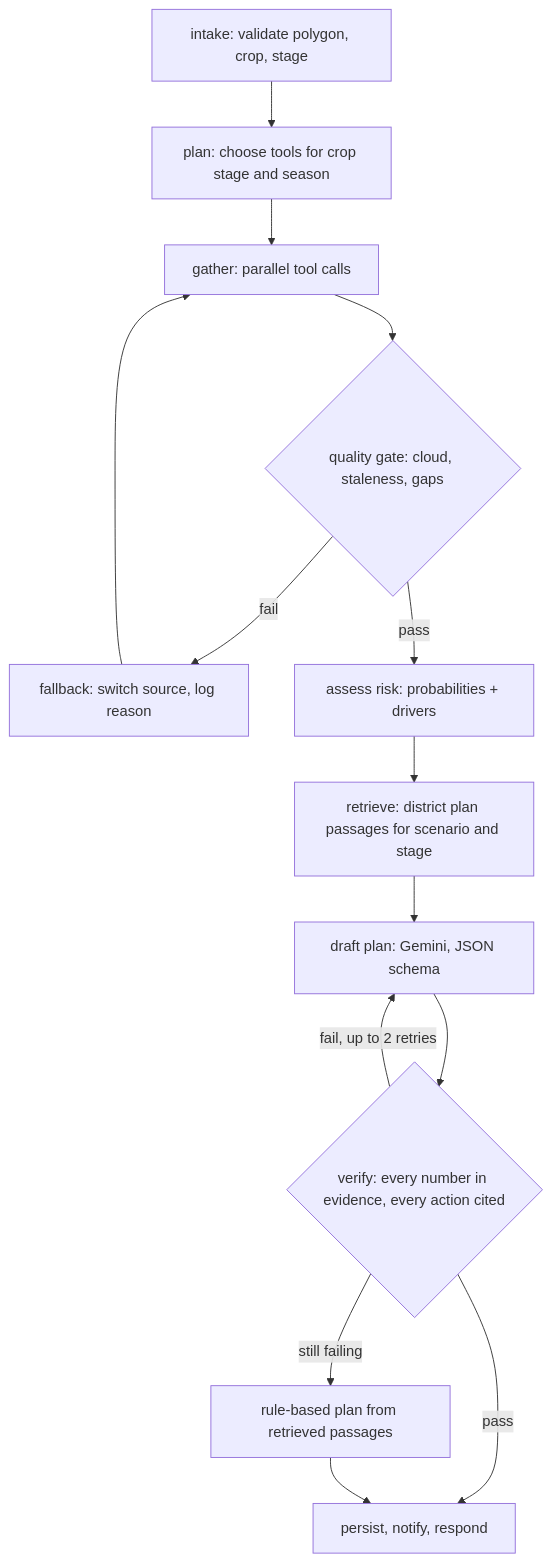
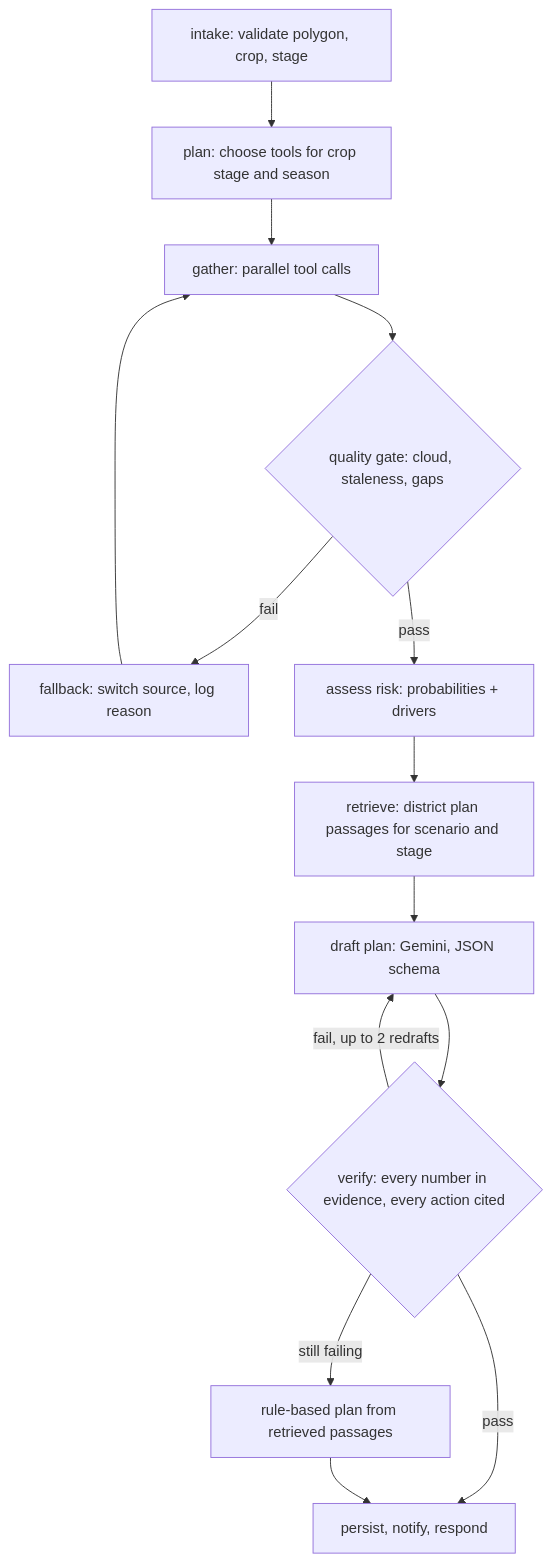
Before and after one commit to ZaroCoding/KhetiKavach: the second of 2 diagrams in docs/ARCHITECTURE.md, drawn with Mermaid. The commit also changed other lines of this file and 94 other files, not shown here.

````diff
--- a/docs/ARCHITECTURE.md
+++ b/docs/ARCHITECTURE.md
@@ -58,16 +58,16 @@
 ```mermaid
 flowchart TD
   A["intake: validate polygon, crop, stage"] --> B["plan: choose tools for crop stage and season"]
   B --> C["gather: parallel tool calls"]
   C --> D{"quality gate: cloud, staleness, gaps"}
   D -->|"fail"| E["fallback: switch source, log reason"]
   E --> C
   D -->|"pass"| F["assess risk: probabilities + drivers"]
   F --> G["retrieve: district plan passages for scenario and stage"]
   G --> H["draft plan: Gemini, JSON schema"]
   H --> I{"verify: every number in evidence, every action cited"}
-  I -->|"fail, up to 2 retries"| H
+  I -->|"fail, up to 2 redrafts"| H
   I -->|"still failing"| J["rule-based plan from retrieved passages"]
   I -->|"pass"| K["persist, notify, respond"]
   J --> K
 ```
````
